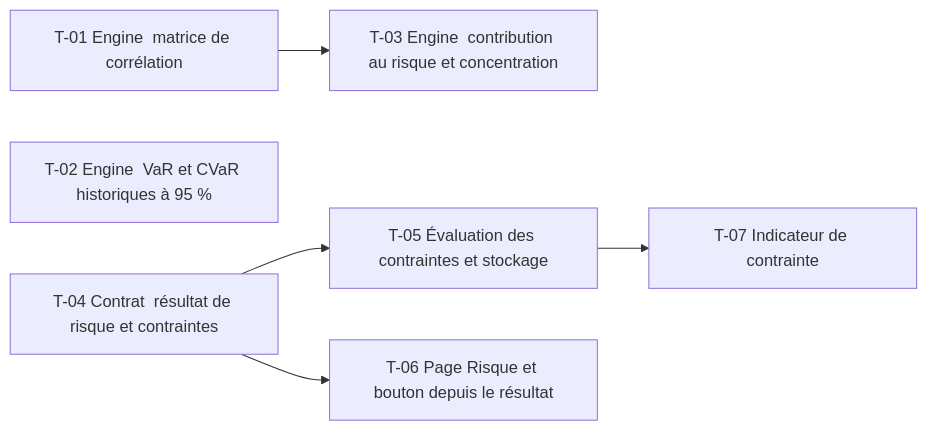
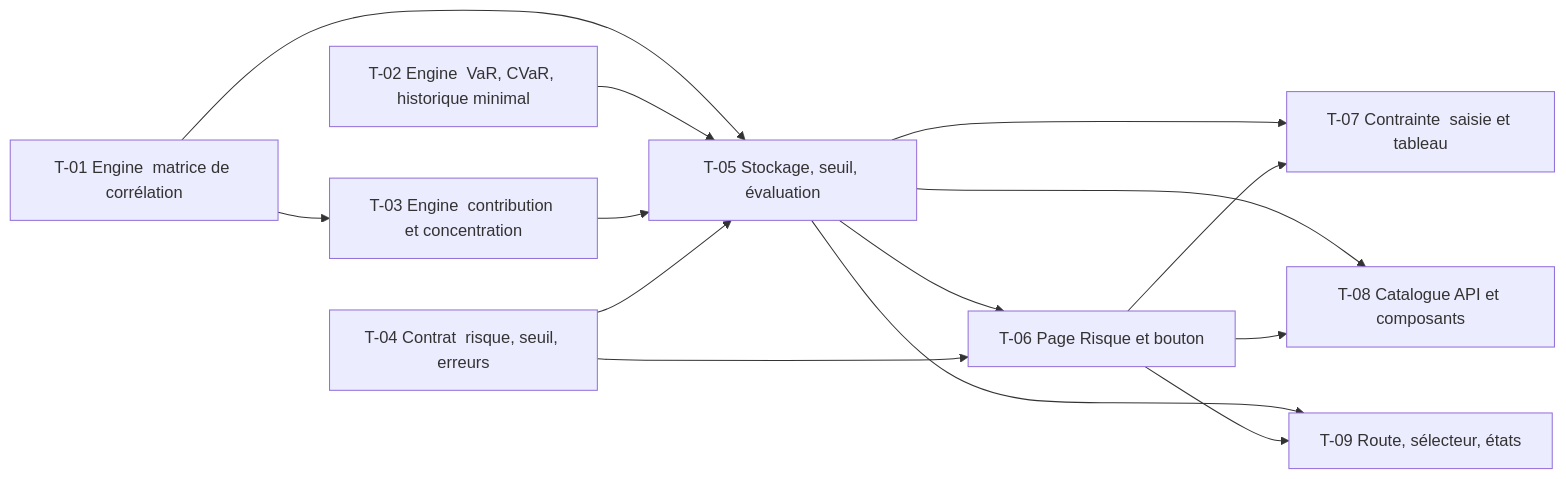
Before and after one commit to Matsuel/TradingPlateform: the diagram in roadmap/13-risk-engine/TASKS.md, drawn with Mermaid. The commit also changed other lines of this file and 3 other files, not shown here.

First line of the commit message:
docs(roadmap): affiner la feature 13 Risk Engine (décisions D1-D21, US-04, T-09)

````diff
--- a/roadmap/13-risk-engine/TASKS.md
+++ b/roadmap/13-risk-engine/TASKS.md
@@ -32,14 +33,25 @@
 ```mermaid
 flowchart LR
     T01[T-01 Engine  matrice de corrélation]
-    T02[T-02 Engine  VaR et CVaR historiques à 95 %]
-    T03[T-03 Engine  contribution au risque et concentration]
-    T04[T-04 Contrat  résultat de risque et contraintes]
-    T05[T-05 Évaluation des contraintes et stockage]
-    T06[T-06 Page Risque et bouton depuis le résultat]
-    T07[T-07 Indicateur de contrainte]
+    T02[T-02 Engine  VaR, CVaR, historique minimal]
+    T03[T-03 Engine  contribution et concentration]
+    T04[T-04 Contrat  risque, seuil, erreurs]
+    T05[T-05 Stockage, seuil, évaluation]
+    T06[T-06 Page Risque et bouton]
+    T07[T-07 Contrainte  saisie et tableau]
+    T08[T-08 Catalogue API et composants]
+    T09[T-09 Route, sélecteur, états]
     T01 --> T03
+    T01 --> T05
+    T02 --> T05
+    T03 --> T05
     T04 --> T05
+    T05 --> T06
     T04 --> T06
     T05 --> T07
+    T06 --> T07
+    T05 --> T08
+    T06 --> T08
+    T05 --> T09
+    T06 --> T09
 ```
````
